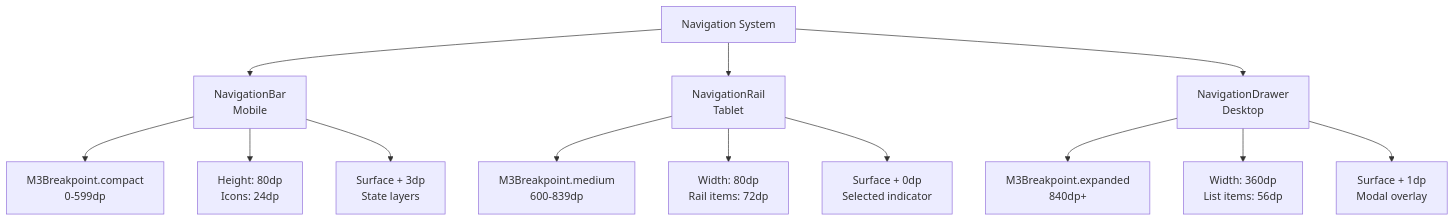
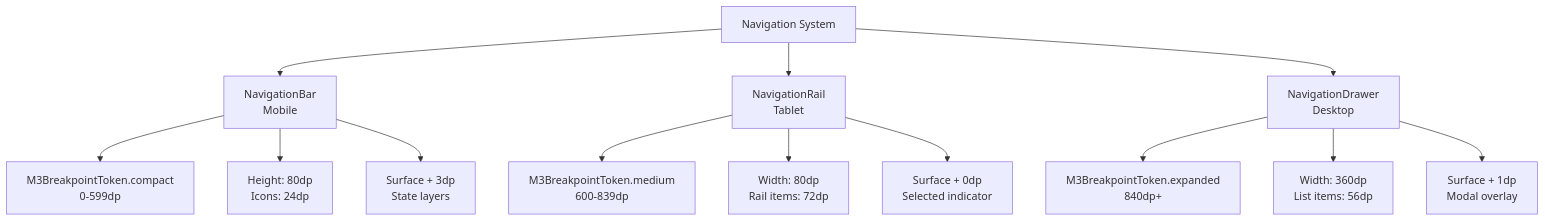
One commit to fluttely/material_design changed the sixth of 11 diagrams in documentation/material_design/en_US/maps/Component Map.md. Above: the diagram before and after it, drawn with Mermaid. The commit also changed other lines of this file and 51 other files, not shown here.

````diff
--- a/documentation/material_design/en_US/maps/Component Map.md
+++ b/documentation/material_design/en_US/maps/Component Map.md
@@ -175,18 +180,18 @@
 ```mermaid
 graph TD
     A[Navigation System] --> B[NavigationBar<br/>Mobile]
     A --> C[NavigationRail<br/>Tablet]
     A --> D[NavigationDrawer<br/>Desktop]
-    
-    B --> B1[M3Breakpoint.compact<br/>0-599dp]
-    C --> C1[M3Breakpoint.medium<br/>600-839dp]
-    D --> D1[M3Breakpoint.expanded<br/>840dp+]
-    
+
+    B --> B1[M3BreakpointToken.compact<br/>0-599dp]
+    C --> C1[M3BreakpointToken.medium<br/>600-839dp]
+    D --> D1[M3BreakpointToken.expanded<br/>840dp+]
+
     B --> B2[Height: 80dp<br/>Icons: 24dp]
     C --> C2[Width: 80dp<br/>Rail items: 72dp]
     D --> D2[Width: 360dp<br/>List items: 56dp]
-    
+
     B --> B3[Surface + 3dp<br/>State layers]
     C --> C3[Surface + 0dp<br/>Selected indicator]
     D --> D3[Surface + 1dp<br/>Modal overlay]
 ```
````
